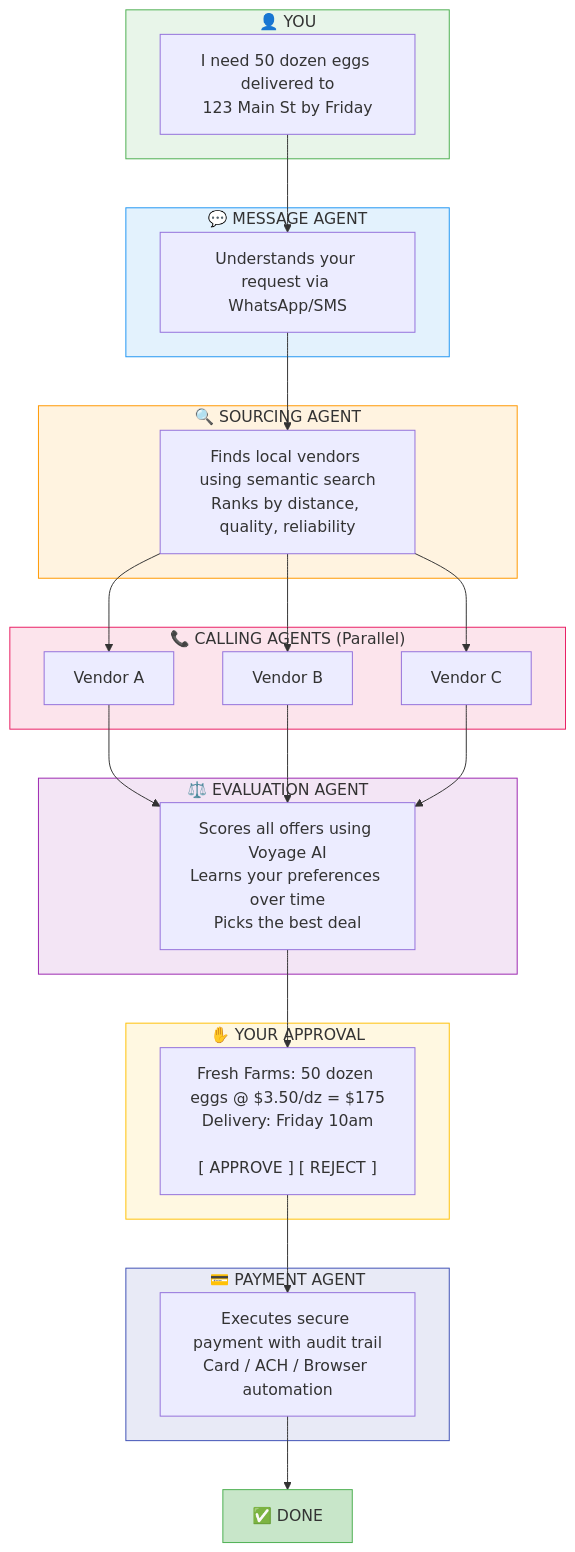
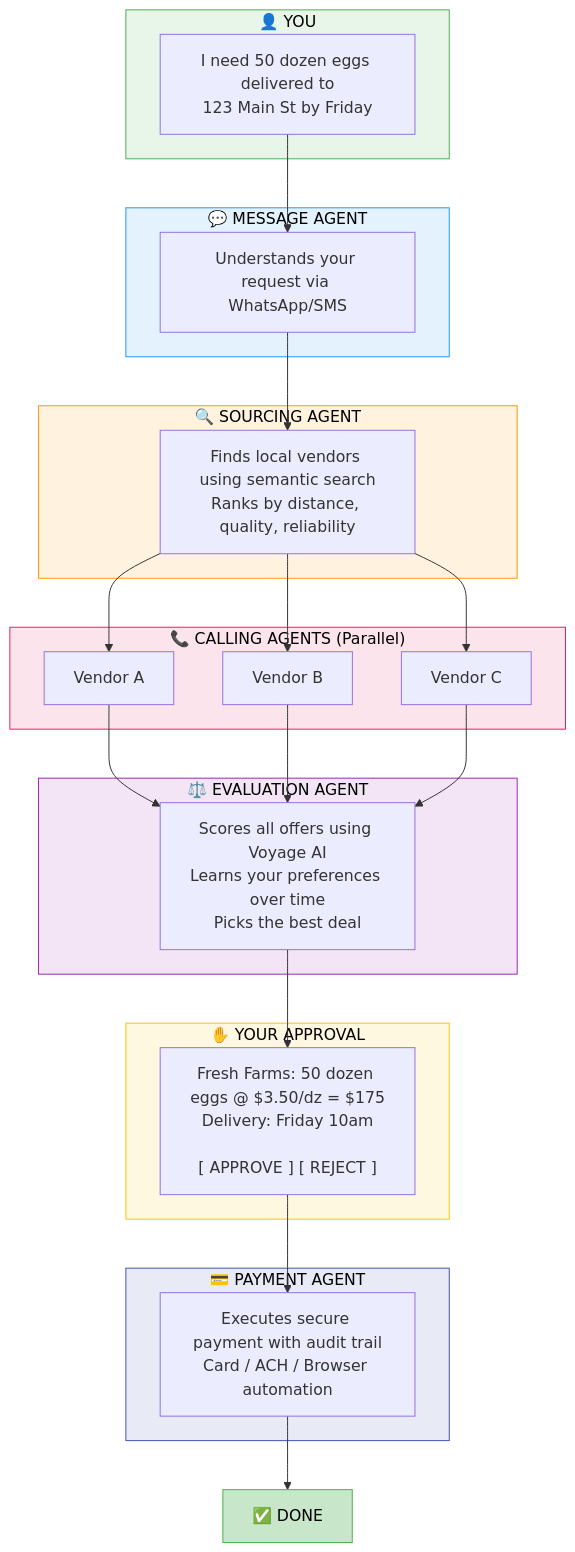
Before and after one commit to anirudhk-tech/Haggl: the diagram in README.md, drawn with Mermaid. The commit also changed 2 other files, not shown here.

Commit message:
update(docs): add black text on charts for readability

````diff
--- a/README.md
+++ b/README.md
@@ -78,51 +78,51 @@
 ```mermaid
 flowchart TD
     subgraph USER["👤 YOU"]
         A["I need 50 dozen eggs delivered to<br/>123 Main St by Friday"]
     end
 
     subgraph MSG["💬 MESSAGE AGENT"]
         B[Understands your request via WhatsApp/SMS]
     end
 
     subgraph SRC["🔍 SOURCING AGENT"]
         C[Finds local vendors using semantic search<br/>Ranks by distance, quality, reliability]
     end
 
     subgraph CALLS["📞 CALLING AGENTS (Parallel)"]
         D1[Vendor A]
         D2[Vendor B]
         D3[Vendor C]
     end
 
     subgraph EVAL["⚖️ EVALUATION AGENT"]
         E[Scores all offers using Voyage AI<br/>Learns your preferences over time<br/>Picks the best deal]
     end
 
     subgraph APPROVAL["✋ YOUR APPROVAL"]
         F["Fresh Farms: 50 dozen eggs @ $3.50/dz = $175<br/>Delivery: Friday 10am<br/><br/>[ APPROVE ] [ REJECT ]"]
     end
 
     subgraph PAY["💳 PAYMENT AGENT"]
         G[Executes secure payment with audit trail<br/>Card / ACH / Browser automation]
     end
 
     H["✅ DONE"]
 
     A --> B
     B --> C
     C --> D1 & D2 & D3
     D1 & D2 & D3 --> E
     E --> F
     F --> G
     G --> H
 
-    style USER fill:#e8f5e9,stroke:#4caf50
-    style MSG fill:#e3f2fd,stroke:#2196f3
-    style SRC fill:#fff3e0,stroke:#ff9800
-    style CALLS fill:#fce4ec,stroke:#e91e63
-    style EVAL fill:#f3e5f5,stroke:#9c27b0
-    style APPROVAL fill:#fff8e1,stroke:#ffc107
-    style PAY fill:#e8eaf6,stroke:#3f51b5
-    style H fill:#c8e6c9,stroke:#4caf50
+    style USER fill:#e8f5e9,stroke:#4caf50,color:#000
+    style MSG fill:#e3f2fd,stroke:#2196f3,color:#000
+    style SRC fill:#fff3e0,stroke:#ff9800,color:#000
+    style CALLS fill:#fce4ec,stroke:#e91e63,color:#000
+    style EVAL fill:#f3e5f5,stroke:#9c27b0,color:#000
+    style APPROVAL fill:#fff8e1,stroke:#ffc107,color:#000
+    style PAY fill:#e8eaf6,stroke:#3f51b5,color:#000
+    style H fill:#c8e6c9,stroke:#4caf50,color:#000
 ```
````
